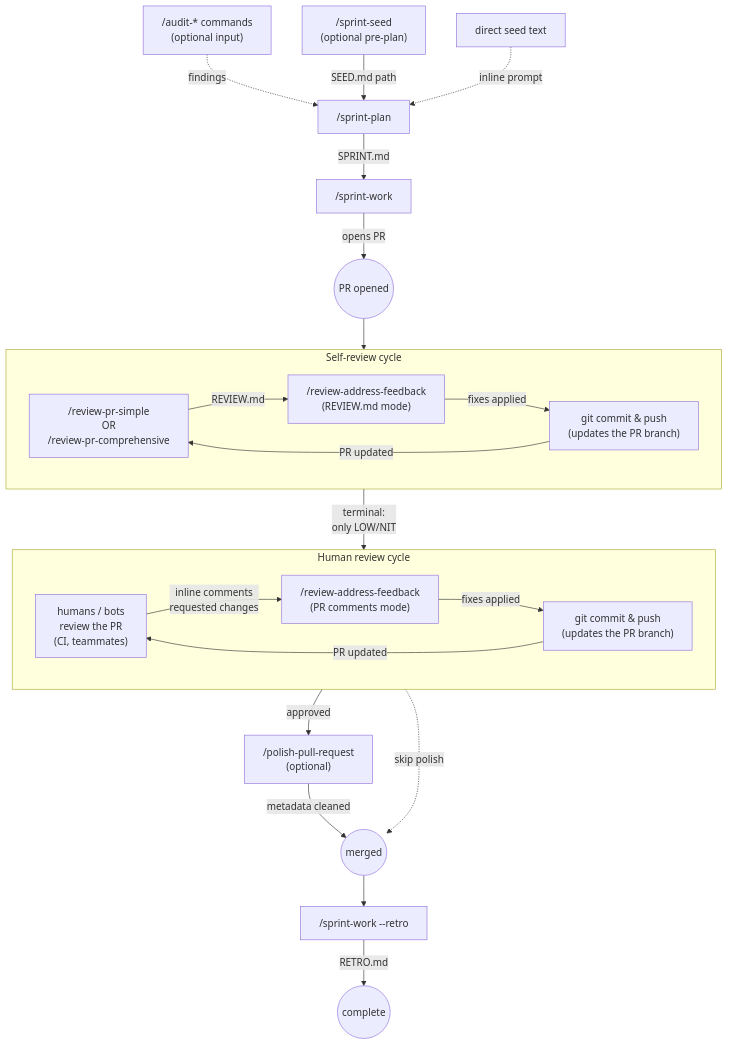
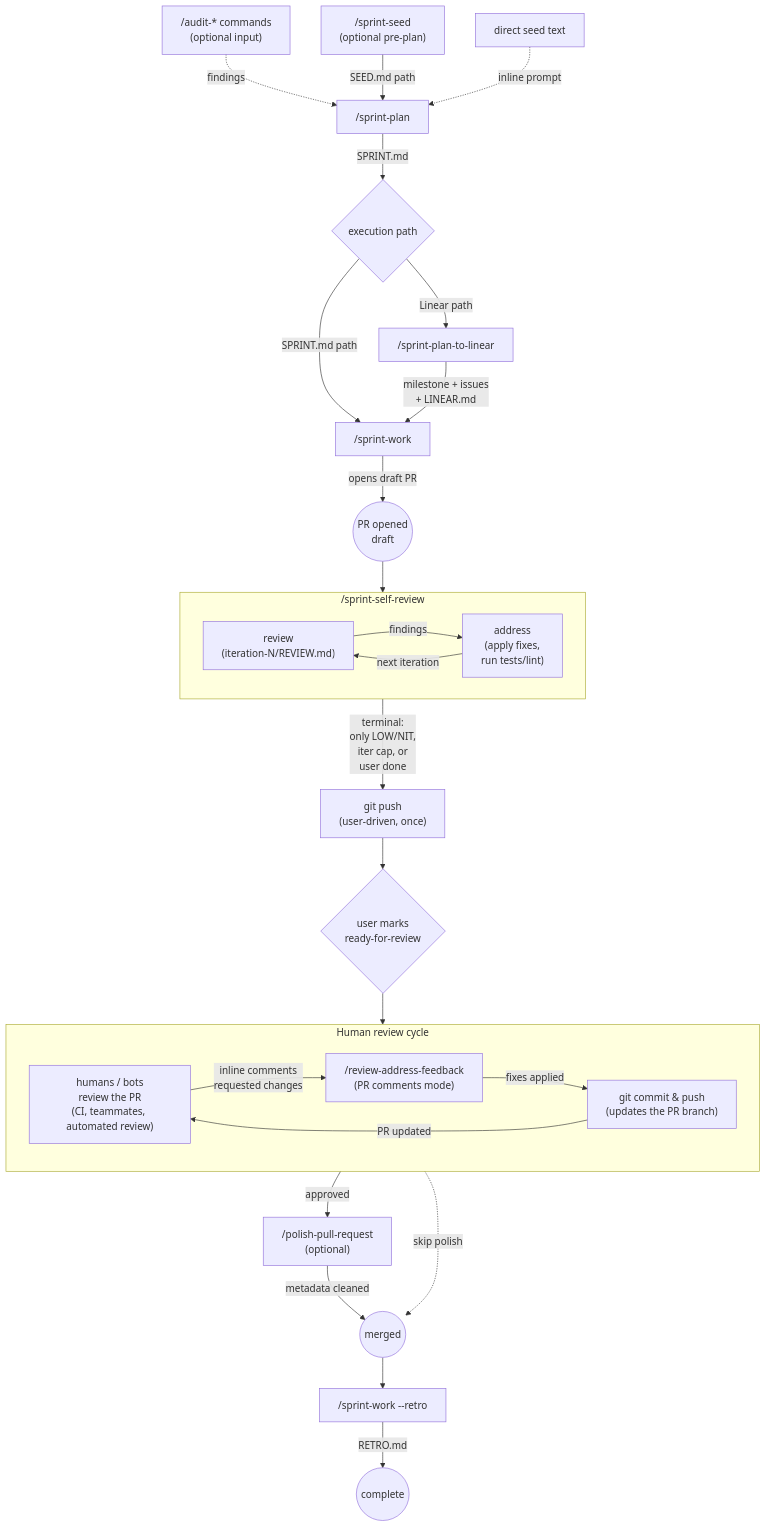
The diagram in docs/sprints/README.md (coreydaley/agent-config), drawn with Mermaid before and after one commit. The commit also changed other lines of this file and 241 other files, not shown here.

First line of the commit message:
feat: adopt dot-graph skill pattern across multi-phase skills

````diff
--- a/docs/sprints/README.md
+++ b/docs/sprints/README.md
@@ -16,37 +16,40 @@
 ```mermaid
 flowchart TD
     Audit["/audit-* commands<br/>(optional input)"] -.findings.-> Plan
     Seed["/sprint-seed<br/>(optional pre-plan)"] -->|SEED.md path| Plan
     Direct["direct seed text"] -.->|inline prompt| Plan
-    Plan["/sprint-plan"] -->|SPRINT.md| Work["/sprint-work"]
-    Work -->|opens PR| PR((PR opened))
+    Plan["/sprint-plan"] -->|SPRINT.md| Path{execution path}
+    Path -->|SPRINT.md path| Work["/sprint-work"]
+    Path -->|Linear path| ToLinear["/sprint-plan-to-linear"]
+    ToLinear -->|milestone + issues<br/>+ LINEAR.md| Work
+    Work -->|opens draft PR| PR((PR opened<br/>draft))
 
     PR --> SelfCycle
-    subgraph SelfCycle ["Self-review cycle"]
+    subgraph SelfCycle ["/sprint-self-review"]
         direction LR
-        SR["/review-pr-simple<br/>OR<br/>/review-pr-comprehensive"]
-        SA["/review-address-feedback<br/>(REVIEW.md mode)"]
-        SP["git commit & push<br/>(updates the PR branch)"]
-        SR -->|REVIEW.md| SA
-        SA -->|fixes applied| SP
-        SP -->|PR updated| SR
+        SR["review<br/>(iteration-N/REVIEW.md)"]
+        SA["address<br/>(apply fixes,<br/>run tests/lint)"]
+        SR -->|findings| SA
+        SA -->|next iteration| SR
     end
 
-    SelfCycle -->|"terminal:<br/>only LOW/NIT"| HumanCycle
+    SelfCycle -->|"terminal:<br/>only LOW/NIT,<br/>iter cap, or<br/>user done"| Push["git push<br/>(user-driven, once)"]
+    Push --> Ready{user marks<br/>ready-for-review}
+    Ready --> HumanCycle
 
     subgraph HumanCycle ["Human review cycle"]
         direction LR
-        HR["humans / bots<br/>review the PR<br/>(CI, teammates)"]
+        HR["humans / bots<br/>review the PR<br/>(CI, teammates, automated review)"]
         HA["/review-address-feedback<br/>(PR comments mode)"]
         HP["git commit & push<br/>(updates the PR branch)"]
         HR -->|inline comments<br/>requested changes| HA
         HA -->|fixes applied| HP
         HP -->|PR updated| HR
     end
 
     HumanCycle -->|approved| Polish["/polish-pull-request<br/>(optional)"]
     Polish -->|metadata cleaned| Merge((merged))
     HumanCycle -.->|skip polish| Merge
     Merge --> Retro["/sprint-work --retro"]
     Retro -->|RETRO.md| Done((complete))
 ```
````
